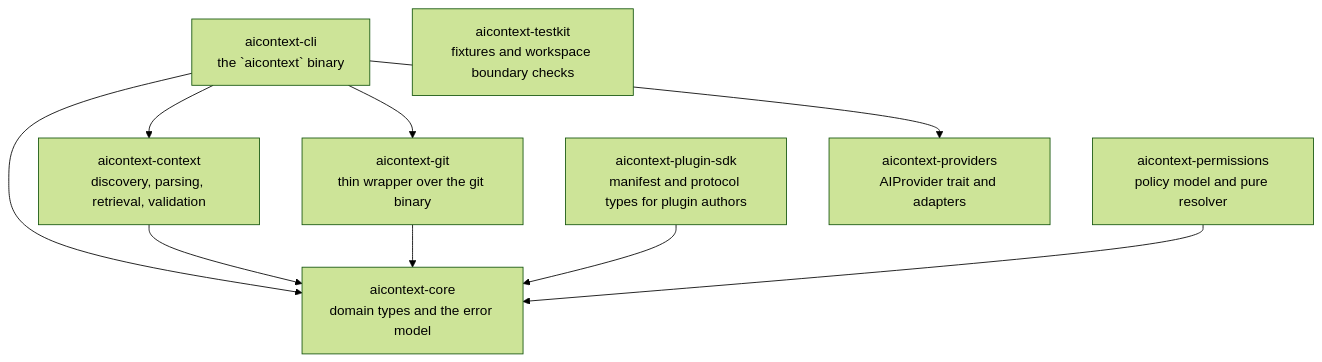
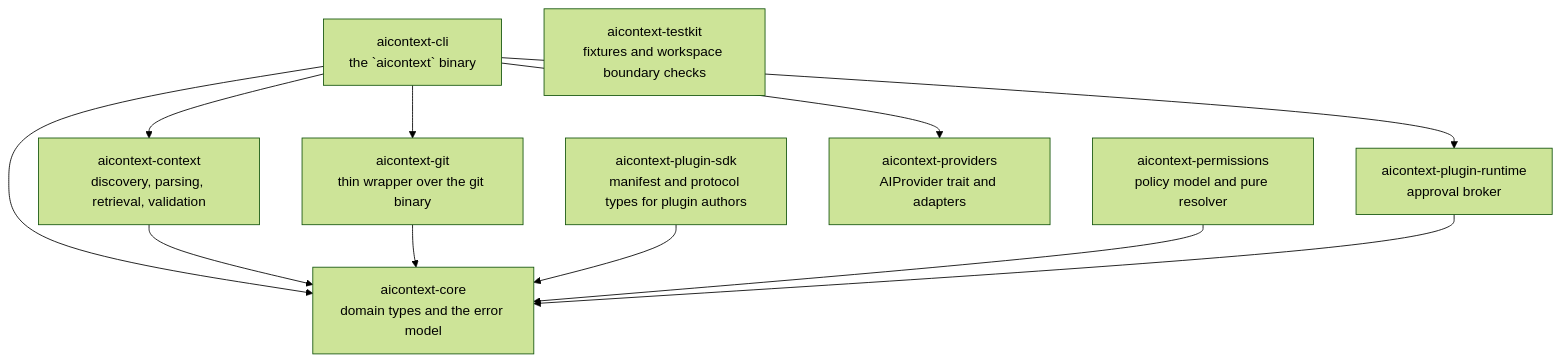
One commit to Vinit010/AI-Context-OS changed the second of 2 diagrams in README.md. Above: the diagram before and after it, drawn with Mermaid (forest theme). The commit also changed other lines of this file and 8 other files, not shown here.

````diff
--- a/README.md
+++ b/README.md
@@ -189,20 +189,23 @@
 ```mermaid
 flowchart TD
     CLI["aicontext-cli<br/>the `aicontext` binary"]
     CTX["aicontext-context<br/>discovery, parsing, retrieval, validation"]
     GIT["aicontext-git<br/>thin wrapper over the git binary"]
     CORE["aicontext-core<br/>domain types and the error model"]
     SDK["aicontext-plugin-sdk<br/>manifest and protocol types for plugin authors"]
     PERM["aicontext-permissions<br/>policy model and pure resolver"]
     PROV["aicontext-providers<br/>AIProvider trait and adapters"]
+    RT["aicontext-plugin-runtime<br/>approval broker"]
     TK["aicontext-testkit<br/>fixtures and workspace boundary checks"]
 
     CLI --> CTX
     CLI --> GIT
     CLI --> CORE
     CLI --> PROV
+    CLI --> RT
     CTX --> CORE
     GIT --> CORE
     SDK --> CORE
     PERM --> CORE
+    RT --> CORE
 ```
````
